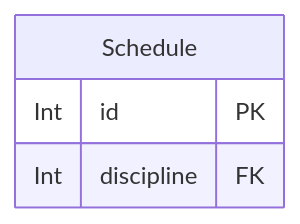
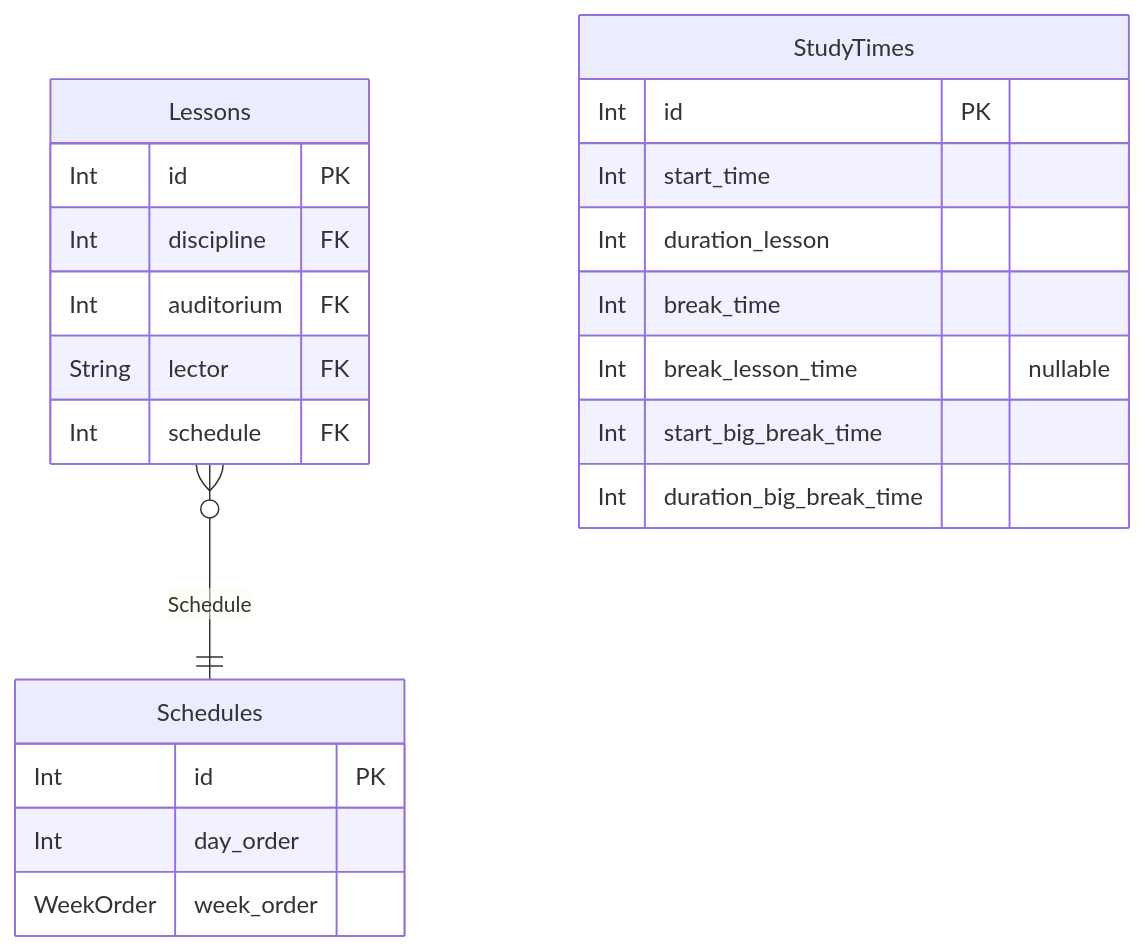
One commit to NeatDeveloper/Thodle changed the fourth of 4 diagrams in packages/db/prisma/ThodleDatabase.md. Above: the diagram before and after it, drawn with Mermaid. The commit also changed other lines of this file and 20 other files, not shown here.

````diff
--- a/packages/db/prisma/ThodleDatabase.md
+++ b/packages/db/prisma/ThodleDatabase.md
@@ -546,7 +542,25 @@
 ```mermaid
 erDiagram
-"Schedule" {
+"Schedules" {
+  Int id PK
+  Int day_order
+  WeekOrder week_order
+}
+"Lessons" {
   Int id PK
   Int discipline FK
+  Int auditorium FK
+  String lector FK
+  Int schedule FK
 }
+"StudyTimes" {
+  Int id PK
+  Int start_time
+  Int duration_lesson
+  Int break_time
+  Int break_lesson_time "nullable"
+  Int start_big_break_time
+  Int duration_big_break_time
+}
+"Lessons" }o--|| "Schedules" : Schedule
 ```
````
